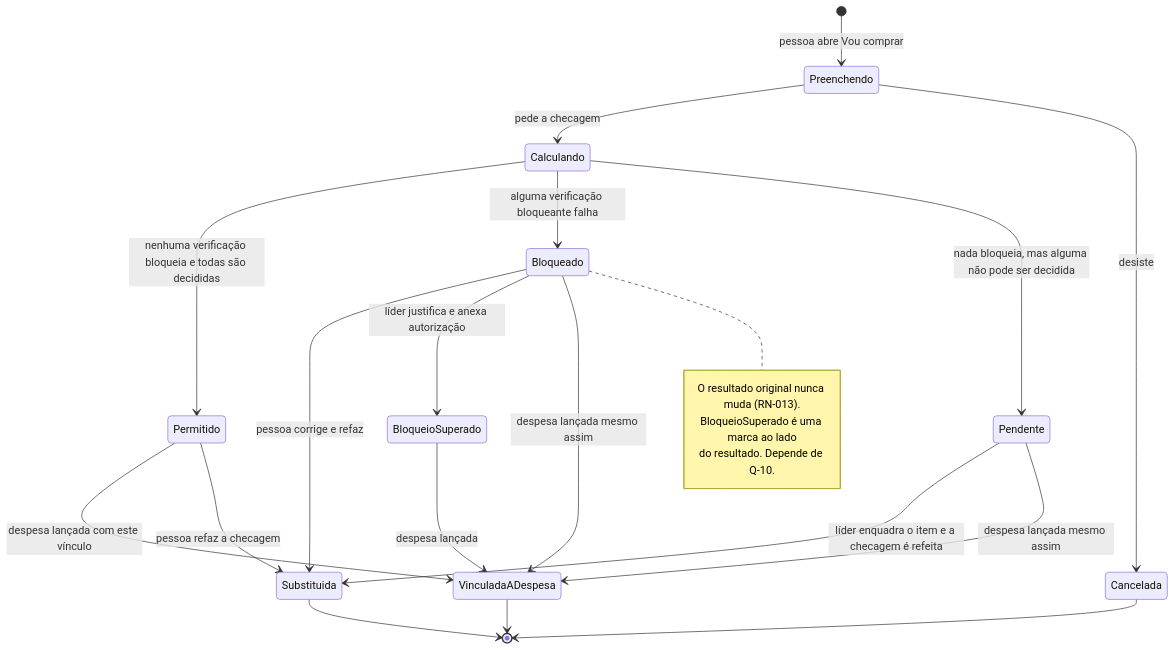
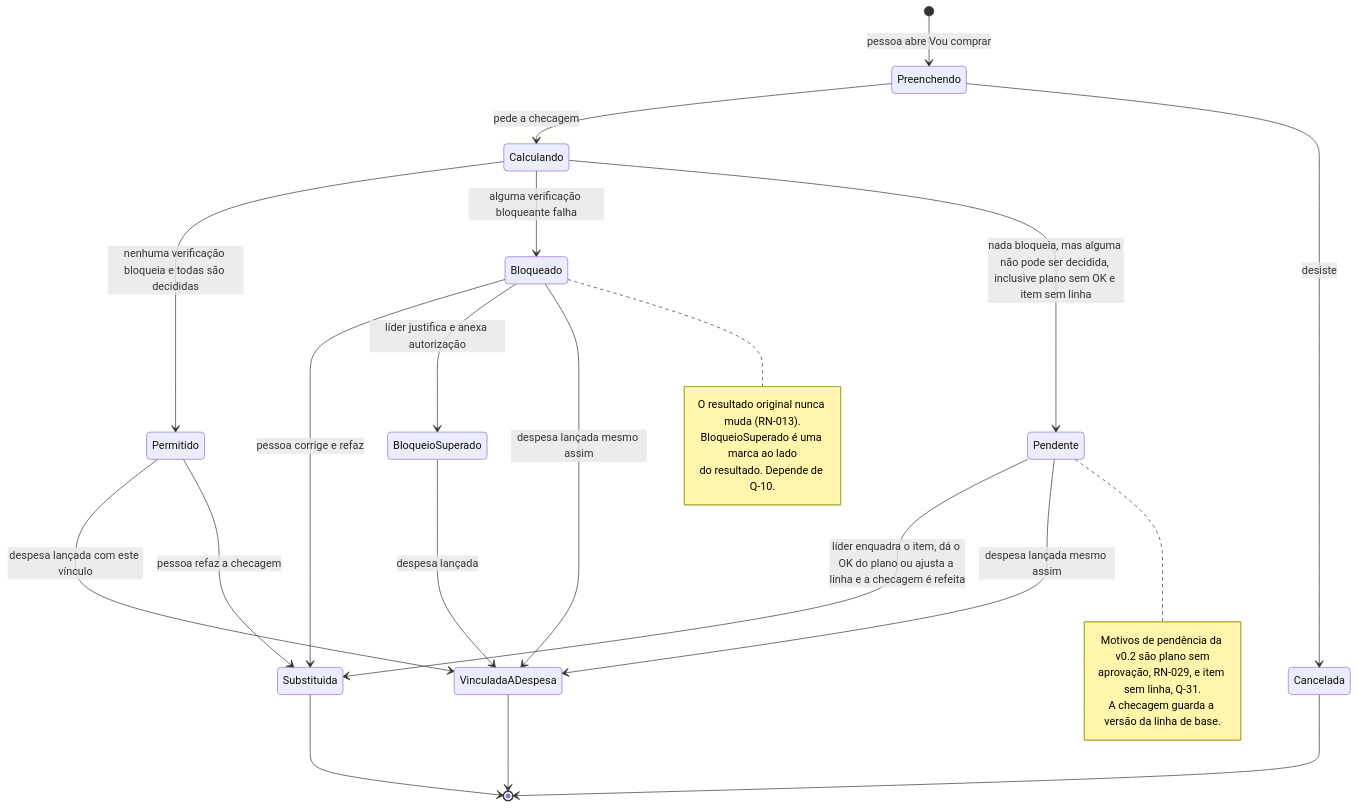
One commit to Beguelly/gestprojet changed the fifth of 12 diagrams in docs/04-workflows.md. Above: the diagram before and after it, drawn with Mermaid. The commit also changed other lines of this file and 2 other files, not shown here.

First line of the commit message:
WIP T-020: rascunhos em andamento (ux, workflows, segurança); não revisados

````diff
--- a/docs/04-workflows.md
+++ b/docs/04-workflows.md
@@ -248,26 +304,31 @@
 ```mermaid
 stateDiagram-v2
     [*] --> Preenchendo: pessoa abre Vou comprar
     Preenchendo --> Calculando: pede a checagem
     Preenchendo --> Cancelada: desiste
     Calculando --> Permitido: nenhuma verificação bloqueia e todas são decididas
     Calculando --> Bloqueado: alguma verificação bloqueante falha
-    Calculando --> Pendente: nada bloqueia, mas alguma não pode ser decidida
+    Calculando --> Pendente: nada bloqueia, mas alguma não pode ser decidida, inclusive plano sem OK e item sem linha
     Permitido --> VinculadaADespesa: despesa lançada com este vínculo
     Permitido --> Substituida: pessoa refaz a checagem
     Bloqueado --> Substituida: pessoa corrige e refaz
     Bloqueado --> BloqueioSuperado: líder justifica e anexa autorização
     Bloqueado --> VinculadaADespesa: despesa lançada mesmo assim
-    Pendente --> Substituida: líder enquadra o item e a checagem é refeita
+    Pendente --> Substituida: líder enquadra o item, dá o OK do plano ou ajusta a linha e a checagem é refeita
     Pendente --> VinculadaADespesa: despesa lançada mesmo assim
     BloqueioSuperado --> VinculadaADespesa: despesa lançada
     VinculadaADespesa --> [*]
     Substituida --> [*]
     Cancelada --> [*]
 
     note right of Bloqueado
         O resultado original nunca muda (RN-013).
         BloqueioSuperado é uma marca ao lado
         do resultado. Depende de Q-10.
     end note
+    note right of Pendente
+        Motivos de pendência da v0.2 são plano sem
+        aprovação, RN-029, e item sem linha, Q-31.
+        A checagem guarda a versão da linha de base.
+    end note
 ```
````
